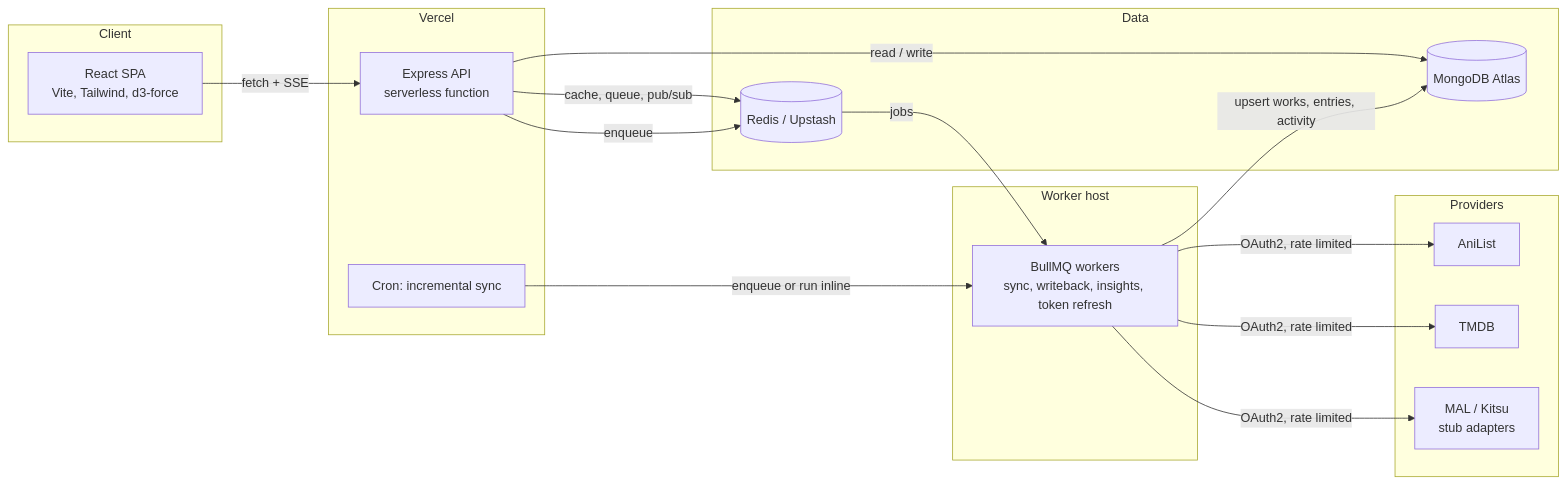
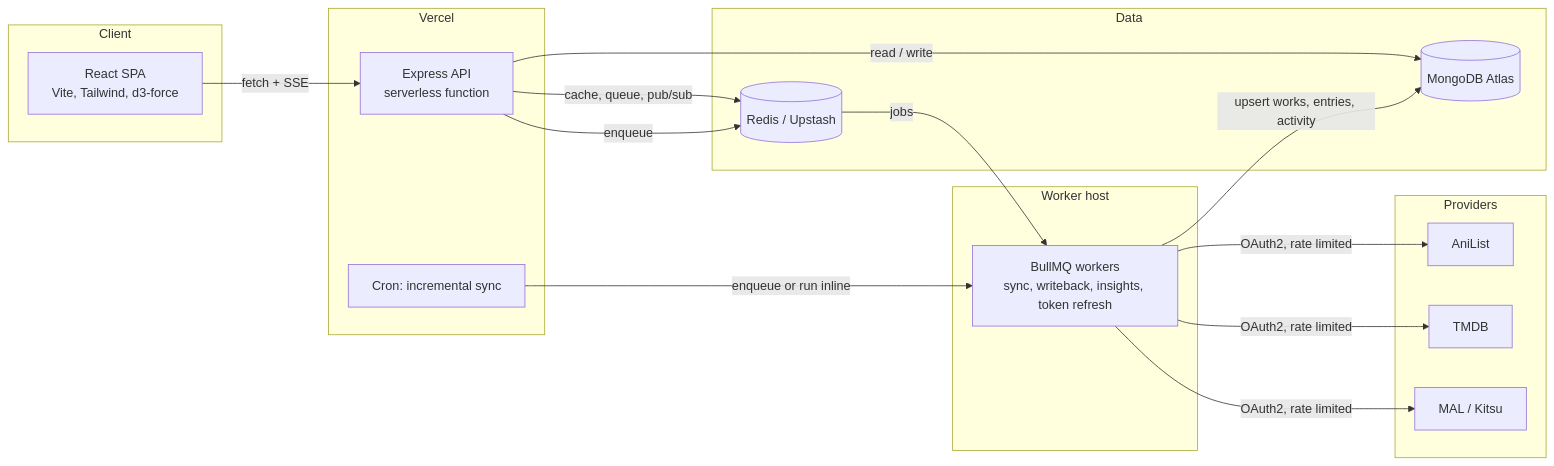
Before and after one commit to Abudora-0/Kanzen: the first of 2 diagrams in README.md, drawn with Mermaid. The commit also changed other lines of this file and 1 other file, not shown here.

First line of the commit message:
docs: update README and env example for the real Kitsu adapter

````diff
--- a/README.md
+++ b/README.md
@@ -55,31 +55,31 @@
 ```mermaid
 flowchart LR
   subgraph Client
     W[React SPA<br/>Vite, Tailwind, d3-force]
   end
   subgraph Vercel
     A[Express API<br/>serverless function]
     CR[Cron: incremental sync]
   end
   subgraph Worker host
     K[BullMQ workers<br/>sync, writeback, insights, token refresh]
   end
   subgraph Data
     M[(MongoDB Atlas)]
     R[(Redis / Upstash)]
   end
   subgraph Providers
     P1[AniList]
     P2[TMDB]
-    P3[MAL / Kitsu<br/>stub adapters]
+    P3[MAL / Kitsu]
   end
 
   W -- fetch + SSE --> A
   A -- read / write --> M
   A -- cache, queue, pub/sub --> R
   A -- enqueue --> R
   R -- jobs --> K
   K -- OAuth2, rate limited --> P1 & P2 & P3
   K -- upsert works, entries, activity --> M
   CR -- enqueue or run inline --> K
 ```
````
